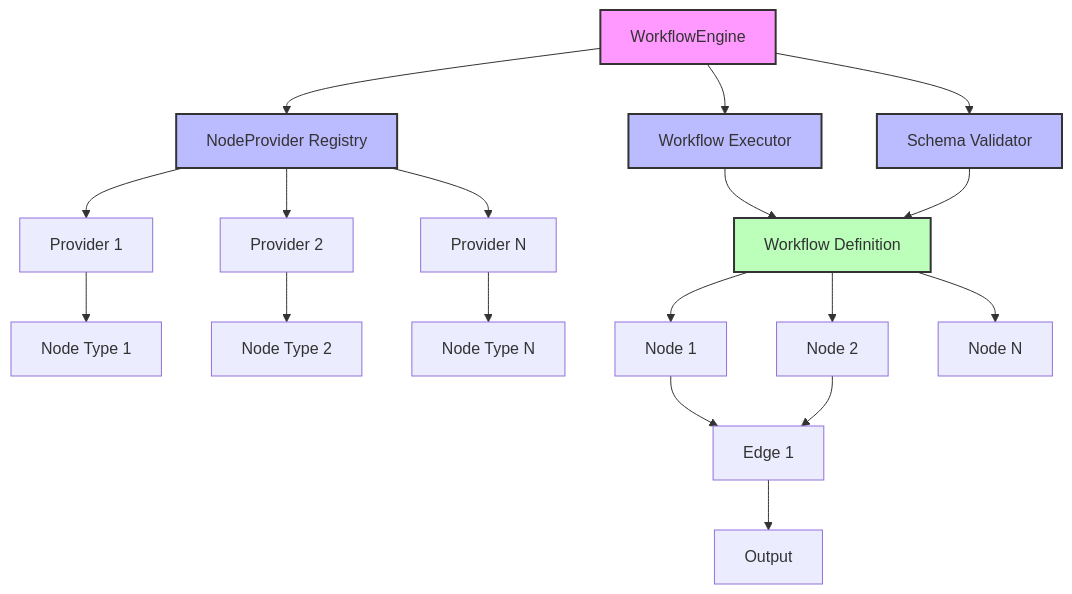
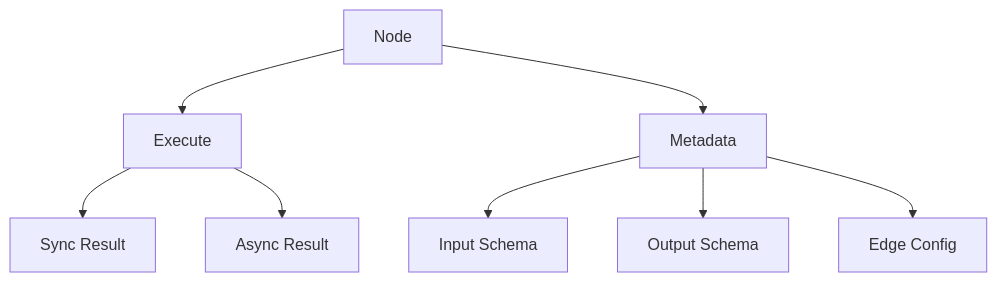
The diagram in README.md (open-source-cloud/fuse), drawn with Mermaid before and after one commit. The commit also changed other lines of this file, not shown here.

````diff
--- a/README.md
+++ b/README.md
@@ -31,31 +43,10 @@
 ```mermaid
 graph TD
-    A[WorkflowEngine] --> B[NodeProvider Registry]
-    A --> C[Workflow Executor]
-    A --> P[Schema Validator]
-
-    B --> D[Provider 1]
-    B --> E[Provider 2]
-    B --> F[Provider N]
-
-    D --> G[Node Type 1]
-    E --> H[Node Type 2]
-    F --> I[Node Type N]
-
-    C --> J[Workflow Definition]
-    J --> K[Node 1]
-    J --> L[Node 2]
-    J --> M[Node N]
-
-    K --> N[Edge 1]
-    L --> N
-    N --> O[Output]
-
-    P --> J
-
-    style A fill:#f9f,stroke:#333,stroke-width:2px
-    style B fill:#bbf,stroke:#333,stroke-width:2px
-    style C fill:#bbf,stroke:#333,stroke-width:2px
-    style J fill:#bfb,stroke:#333,stroke-width:2px
-    style P fill:#bbf,stroke:#333,stroke-width:2px
+    A[Node] --> B[Execute]
+    B --> C[Sync Result]
+    B --> D[Async Result]
+    A --> E[Metadata]
+    E --> F[Input Schema]
+    E --> G[Output Schema]
+    E --> H[Edge Config]
 ```
````
